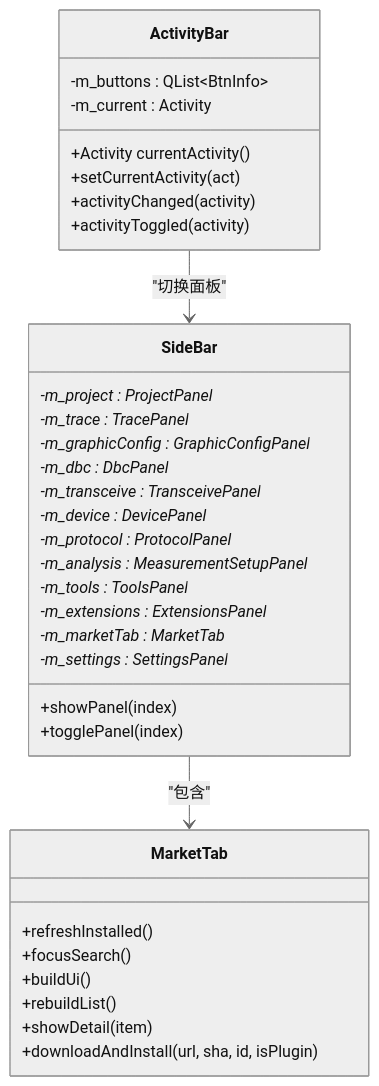
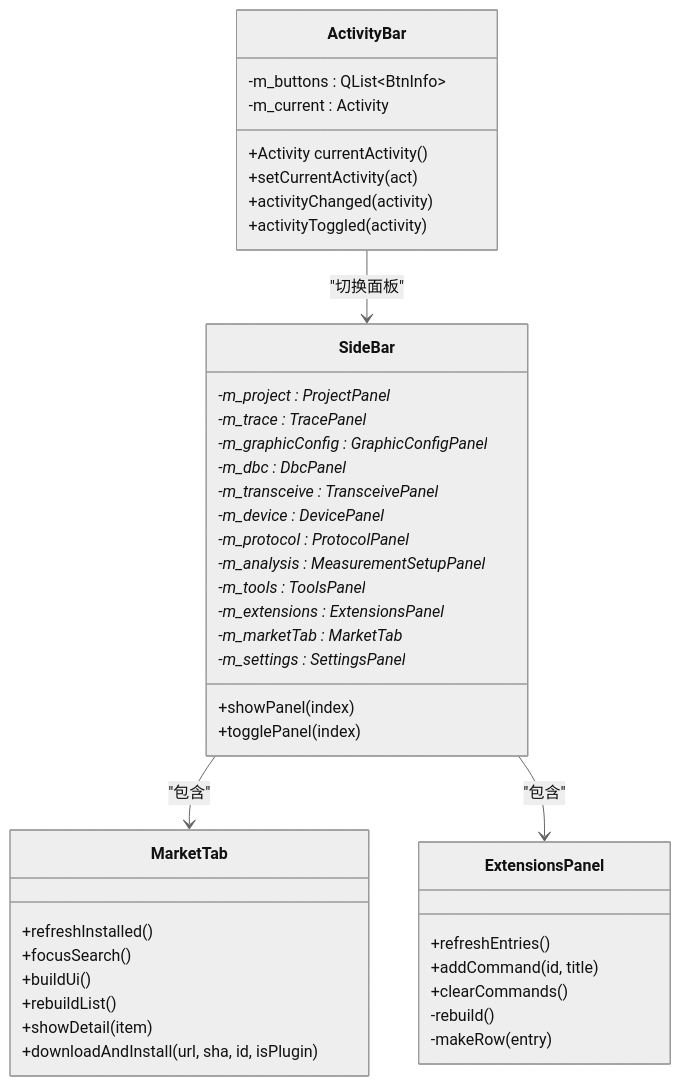
Before and after one commit to jakecai1225-design/OpenBus: the third of 12 diagrams in .qoder/repowiki/zh/content/架构设计/插件系统架构/扩展面板系统.md, drawn with Mermaid (neutral theme). The commit also changed other lines of this file and 67 other files, not shown here.

````diff
--- a/.qoder/repowiki/zh/content/架构设计/插件系统架构/扩展面板系统.md
+++ b/.qoder/repowiki/zh/content/架构设计/插件系统架构/扩展面板系统.md
@@ -189,37 +204,45 @@
 ```mermaid
 classDiagram
 class ActivityBar {
 +Activity currentActivity()
 +setCurrentActivity(act)
 -m_buttons : QList~BtnInfo~
 -m_current : Activity
 +activityChanged(activity)
 +activityToggled(activity)
 }
 class SideBar {
 +showPanel(index)
 +togglePanel(index)
 -m_project : ProjectPanel*
 -m_trace : TracePanel*
 -m_graphicConfig : GraphicConfigPanel*
 -m_dbc : DbcPanel*
 -m_transceive : TransceivePanel*
 -m_device : DevicePanel*
 -m_protocol : ProtocolPanel*
 -m_analysis : MeasurementSetupPanel*
 -m_tools : ToolsPanel*
 -m_extensions : ExtensionsPanel*
 -m_marketTab : MarketTab*
 -m_settings : SettingsPanel*
 }
 class MarketTab {
 +refreshInstalled()
 +focusSearch()
 +buildUi()
 +rebuildList()
 +showDetail(item)
 +downloadAndInstall(url, sha, id, isPlugin)
 }
+class ExtensionsPanel {
++refreshEntries()
++addCommand(id, title)
++clearCommands()
+-rebuild()
+-makeRow(entry)
+}
 ActivityBar --> SideBar : "切换面板"
 SideBar --> MarketTab : "包含"
+SideBar --> ExtensionsPanel : "包含"
 ```
````
